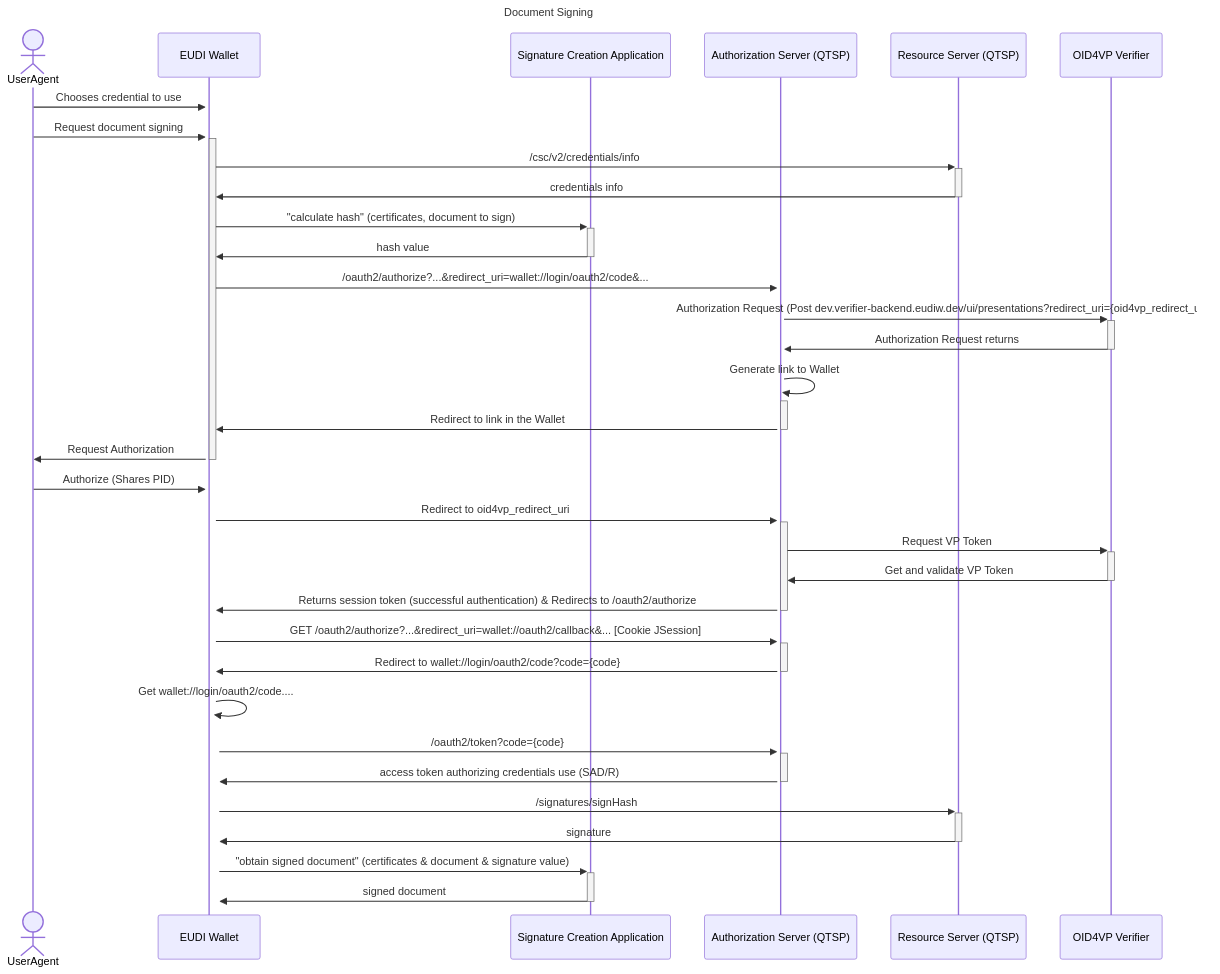
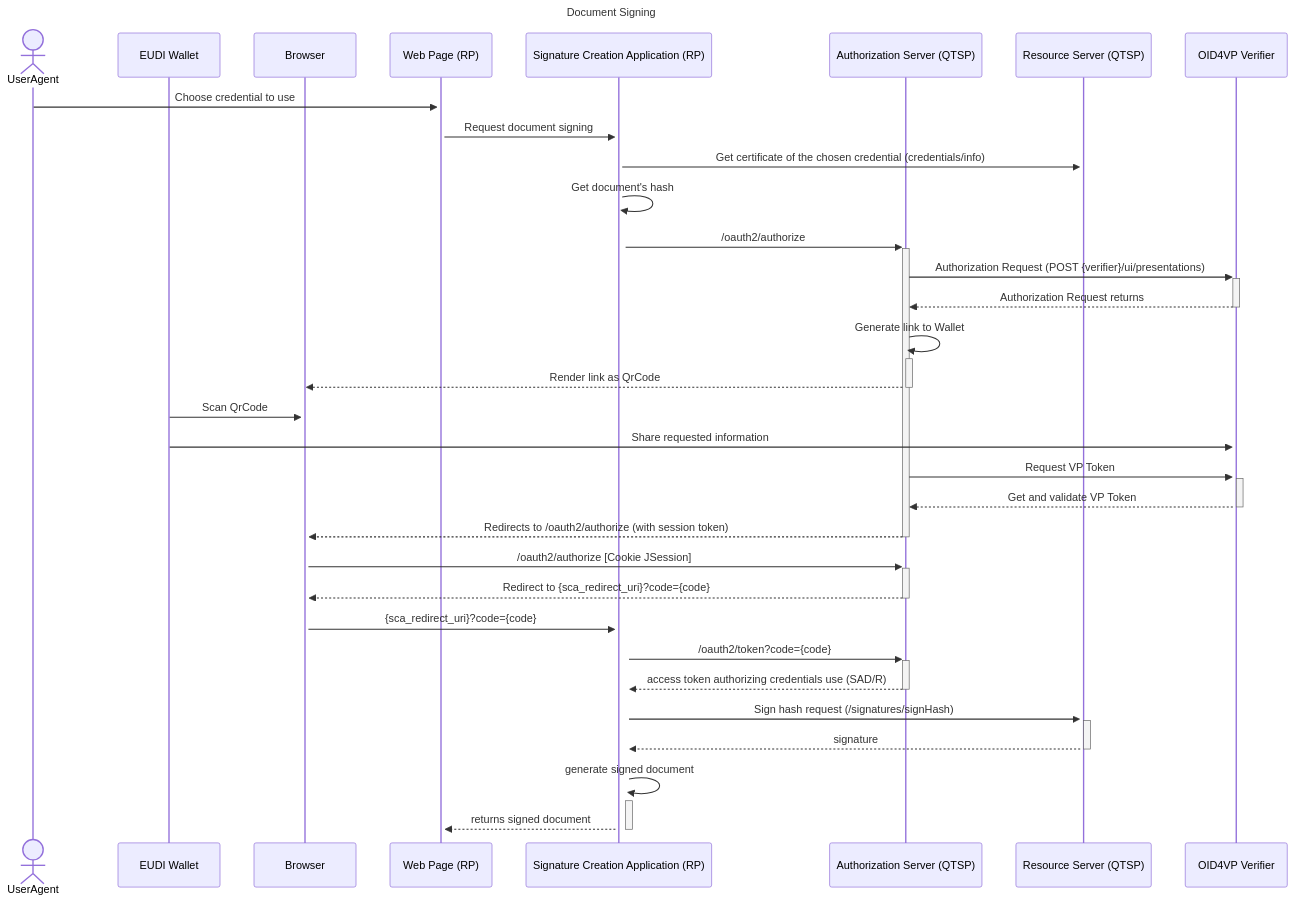
Before and after one commit to niscy-eudiw/eudi-srv-web-rpcentric-signer-sca-java: the diagram in README.md, drawn with Mermaid.

Commit message:
Correct Sequence Diagram

````diff
--- a/README.md
+++ b/README.md
@@ -64,43 +64,44 @@
 ```mermaid
 sequenceDiagram
-    title Document Signing
+title Document Signing
 
     actor U as UserAgent
-    participant EW as EUDI Wallet
-    participant SCA as Signature Creation Application
+    participant EW as EUDI Wallet    
+    participant BR as Browser
+    participant RP as Web Page (RP)
+    participant SCA as Signature Creation Application (RP)
     participant AS as Authorization Server (QTSP)
     participant RS as Resource Server (QTSP)
     participant OIDV as OID4VP Verifier
 
-    U->>+EW: Chooses credential to use
-    U->>+EW: Request document signing
-    EW->>+RS: /csc/v2/credentials/info
-    RS->>-EW: credentials info
+    U->>+RP: Choose credential to use
+    RP->>+SCA: Request document signing
+    SCA->>+RS: Get certificate of the chosen credential (credentials/info)
+    SCA->>+SCA: Get document's hash
 
-    EW->>+SCA: "calculate hash" (certificates, document to sign)
-    SCA->>-EW: hash value
+    SCA->>+AS: /oauth2/authorize
+    AS->>+OIDV: Authorization Request (POST {verifier}/ui/presentations)
+    OIDV-->>-AS: Authorization Request returns
+    AS->>+AS: Generate link to Wallet
+    AS-->>-BR: Render link as QrCode
 
-    EW->>+AS: /oauth2/authorize?...&redirect_uri=wallet://login/oauth2/code&...
-    AS->>+OIDV: Authorization Request (Post dev.verifier-backend.eudiw.dev/ui/presentations?redirect_uri={oid4vp_redirect_uri})
-    OIDV->>-AS: Authorization Request returns
-    AS->>+AS: Generate link to Wallet
-    AS->>-EW: Redirect to link in the Wallet
-    EW->>-U: Request Authorization
+    EW->>+BR: Scan QrCode 
+    EW->>+OIDV: Share requested information
 
-    U->>+EW: Authorize (Shares PID)
-    EW->>+AS: Redirect to oid4vp_redirect_uri
     AS->>+OIDV: Request VP Token
-    OIDV->>-AS: Get and validate VP Token
-    AS->>-EW: Returns session token (successful authentication) & Redirects to /oauth2/authorize
-    EW->>+AS: GET /oauth2/authorize?...&redirect_uri=wallet://oauth2/callback&... [Cookie JSession]
-    AS->>-EW: Redirect to wallet://login/oauth2/code?code={code}
-    EW->>+EW: Get wallet://login/oauth2/code....
-    EW->>+AS: /oauth2/token?code={code}
-    AS->>-EW: access token authorizing credentials use (SAD/R)
+    OIDV-->>-AS: Get and validate VP Token
 
-    EW->>+RS: /signatures/signHash
-    RS->>-EW: signature
+    AS-->>-BR: Redirects to /oauth2/authorize (with session token)
+    BR->>+AS: /oauth2/authorize [Cookie JSession]
+    AS-->>-BR: Redirect to {sca_redirect_uri}?code={code}
 
-    EW->>+SCA: "obtain signed document" (certificates & document & signature value)
-    SCA->>-EW: signed document
+    BR->>+SCA: {sca_redirect_uri}?code={code}
+    SCA->>+AS: /oauth2/token?code={code}
+    AS-->>-SCA: access token authorizing credentials use (SAD/R)
+
+    SCA->>+RS: Sign hash request (/signatures/signHash)
+    RS-->>-SCA: signature
+
+    SCA->>+SCA: generate signed document 
+    SCA-->>-RP: returns signed document
 ```
````
